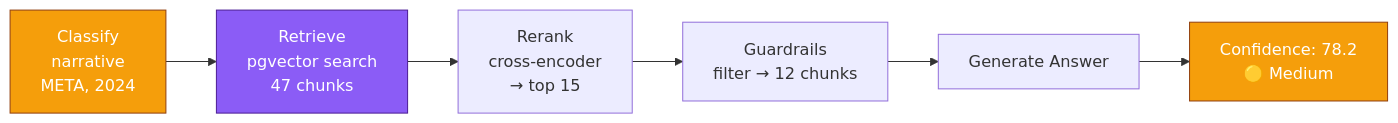
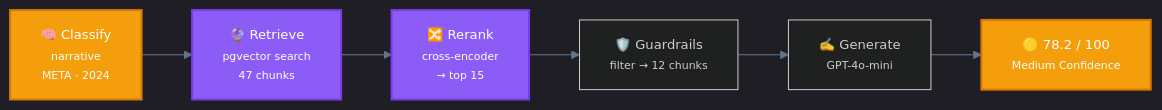
The second of 3 diagrams in docs/retrieval-routes.md (bhattaraisubal-eng/sec-intelligence-system), drawn with Mermaid before and after one commit. The commit also changed other lines of this file and 3 other files, not shown here.

First line of the commit message:
Upgrade all Mermaid diagrams with dark theme, subgraphs, and consistent styling

````diff
--- a/docs/retrieval-routes.md
+++ b/docs/retrieval-routes.md
@@ -185,12 +193,20 @@
 ```mermaid
+%%{init: {'theme': 'dark', 'themeVariables': {'primaryColor': '#1e293b', 'primaryBorderColor': '#475569', 'lineColor': '#64748b', 'fontFamily': 'ui-monospace, monospace', 'fontSize': '13px'}}}%%
 graph LR
-    A["Classify<br/>narrative<br/>META, 2024"] --> B["Retrieve<br/>pgvector search<br/>47 chunks"]
-    B --> C["Rerank<br/>cross-encoder<br/>→ top 15"]
-    C --> D["Guardrails<br/>filter → 12 chunks"]
-    D --> E["Generate Answer"]
-    E --> F["Confidence: 78.2<br/>🟡 Medium"]
+    A["🧠 Classify<br/><small>narrative</small><br/><small>META · 2024</small>"]
+    B["🔮 Retrieve<br/><small>pgvector search</small><br/><small>47 chunks</small>"]
+    C["🔀 Rerank<br/><small>cross-encoder</small><br/><small>→ top 15</small>"]
+    D["🛡️ Guardrails<br/><small>filter → 12 chunks</small>"]
+    E["✍️ Generate<br/><small>GPT-4o-mini</small>"]
+    F["🟡 78.2 / 100<br/><small>Medium Confidence</small>"]
 
-    style A fill:#f59e0b,stroke:#92400e,color:#fff
-    style B fill:#8b5cf6,stroke:#4c1d95,color:#fff
-    style F fill:#f59e0b,stroke:#92400e,color:#fff
+    A --> B --> C --> D --> E --> F
+
+    classDef classify fill:#f59e0b,stroke:#d97706,color:#fff,stroke-width:2px
+    classDef vector fill:#8b5cf6,stroke:#7c3aed,color:#fff,stroke-width:2px
+    classDef medium fill:#f59e0b,stroke:#d97706,color:#fff,stroke-width:2px
+
+    class A classify
+    class B,C vector
+    class F medium
 ```
````
